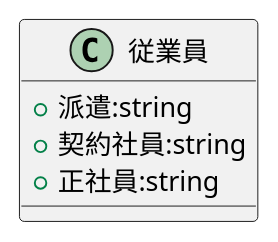
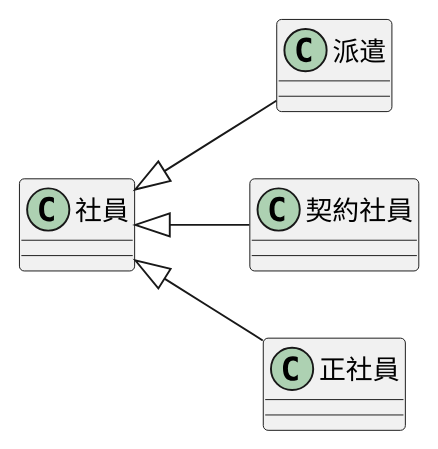
The diagram in 課題3/演習3-1_CL_雇用形態.pu (puratina1011/umt_introduction), drawn with PlantUML before and after one commit. The commit also changed 10 other files, not shown here.

```diff
--- a/課題3/演習3-1_CL_雇用形態.pu
+++ b/課題3/演習3-1_CL_雇用形態.pu
@@ -1,8 +1,12 @@
 @startuml 課題3-1
 left to right direction
-class 従業員{
-+ 派遣:string
-+ 契約社員:string
-+ 正社員:string
-}
+class 社員{}
+class 派遣{}
+class 契約社員{}
+class 正社員{}
+
+社員 <|-- 正社員
+社員 <|-- 派遣
+社員 <|-- 契約社員
+
 @enduml
```
